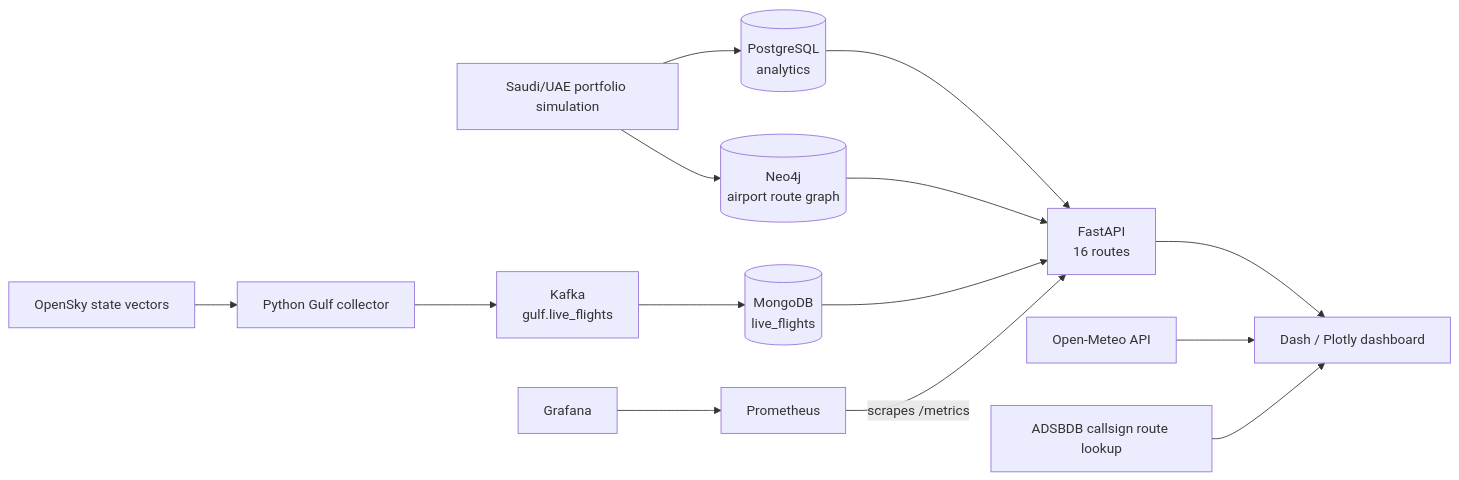
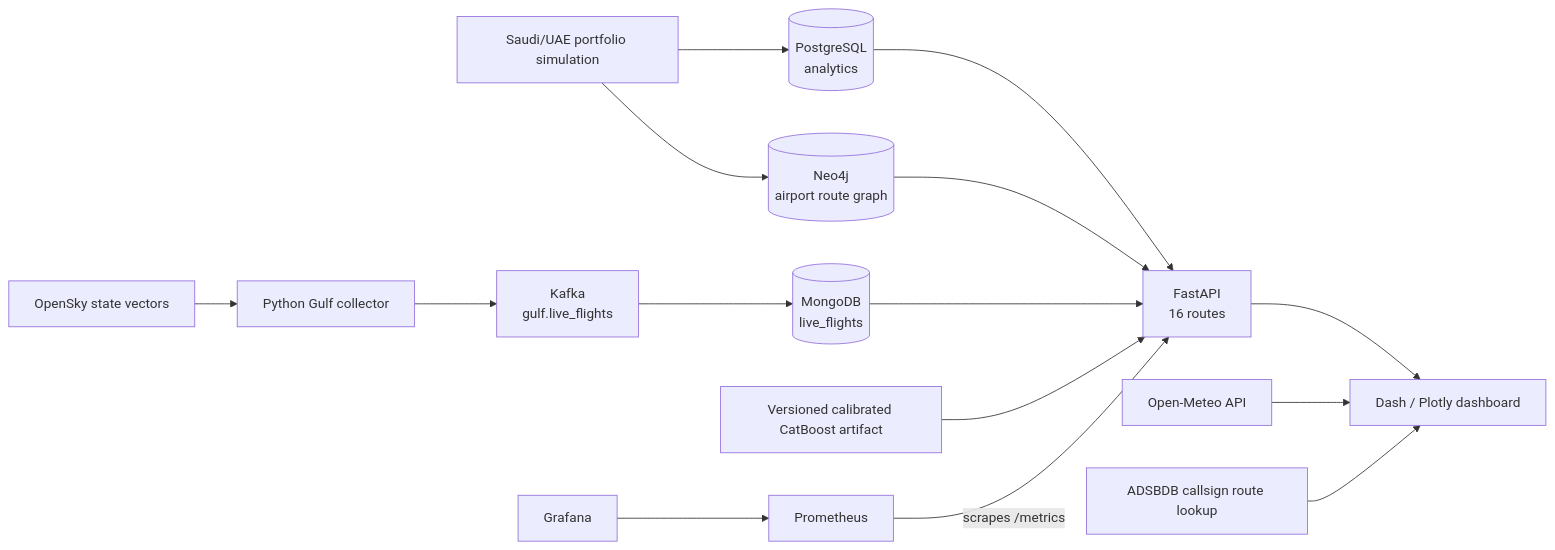
The first of 4 diagrams in README.md (HassanSalamB/dst-airlines), drawn with Mermaid before and after one commit. The commit also changed other lines of this file and 17 other files, not shown here.

````diff
--- a/README.md
+++ b/README.md
@@ -33,18 +33,19 @@
 ```mermaid
 flowchart LR
     simulation["Saudi/UAE portfolio simulation"] --> pg[("PostgreSQL<br/>analytics")]
     simulation --> neo4j[("Neo4j<br/>airport route graph")]
     opensky["OpenSky state vectors"] --> collector["Python Gulf collector"]
     collector --> kafka["Kafka<br/>gulf.live_flights"]
     kafka --> mongo[("MongoDB<br/>live_flights")]
 
     pg --> api["FastAPI<br/>16 routes"]
     mongo --> api
     neo4j --> api
+    model["Versioned calibrated CatBoost artifact"] --> api
     api --> dashboard["Dash / Plotly dashboard"]
     weather["Open-Meteo API"] --> dashboard
     routes["ADSBDB callsign route lookup"] --> dashboard
 
     prometheus["Prometheus"] -->|"scrapes /metrics"| api
     grafana["Grafana"] --> prometheus
 ```
````
